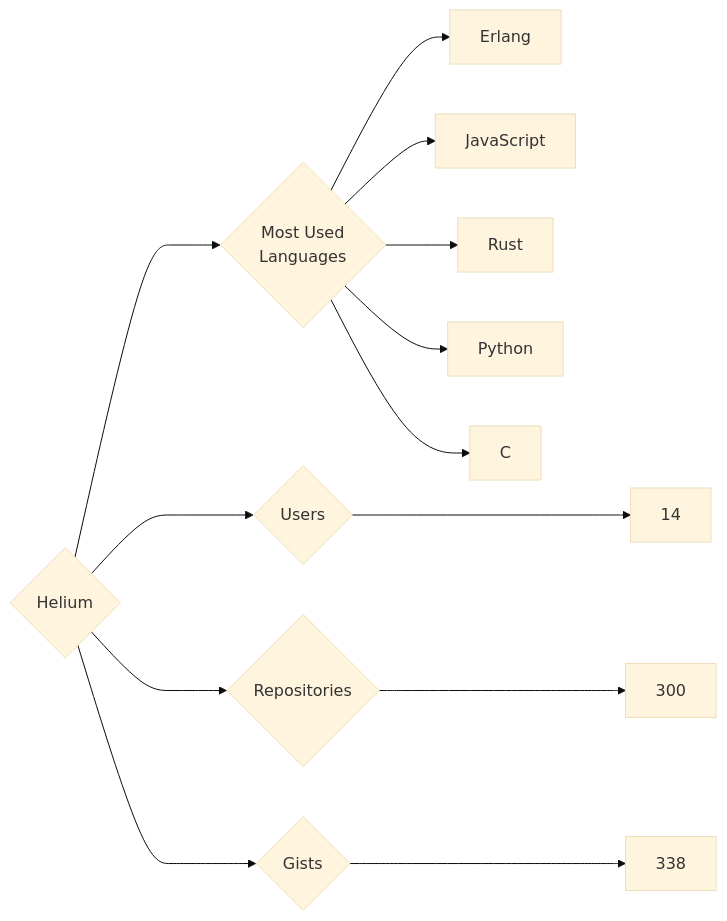
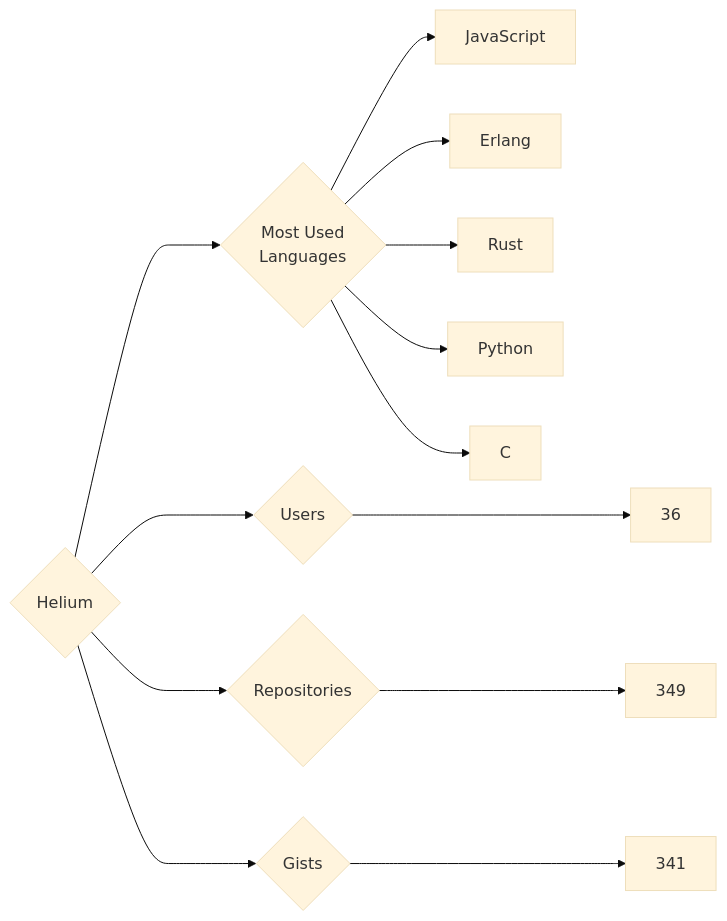
Before and after one commit to trickest/insiders: the diagram in targets/Helium/README.md, drawn with Mermaid (base theme). The commit also changed 872 other files, not shown here.

````diff
--- a/targets/Helium/README.md
+++ b/targets/Helium/README.md
@@ -3,13 +3,13 @@
 ```mermaid
 graph LR
 COMPANY_NAME{Helium}
-COMPANY_NAME ---> U{Users} ---> UN[14]
-COMPANY_NAME ---> R{Repositories} ---> RN[300]
-COMPANY_NAME ---> G{Gists} ---> GN[338]
+COMPANY_NAME ---> U{Users} ---> UN[36]
+COMPANY_NAME ---> R{Repositories} ---> RN[349]
+COMPANY_NAME ---> G{Gists} ---> GN[341]
 COMPANY_NAME ---> ML{Most Used<br>Languages}
+ML --> JavaScript[JavaScript]
 ML --> Erlang[Erlang]
-ML --> JavaScript[JavaScript]
 ML --> Rust[Rust]
 ML --> Python[Python]
 ML --> C[C]
 ```
````
